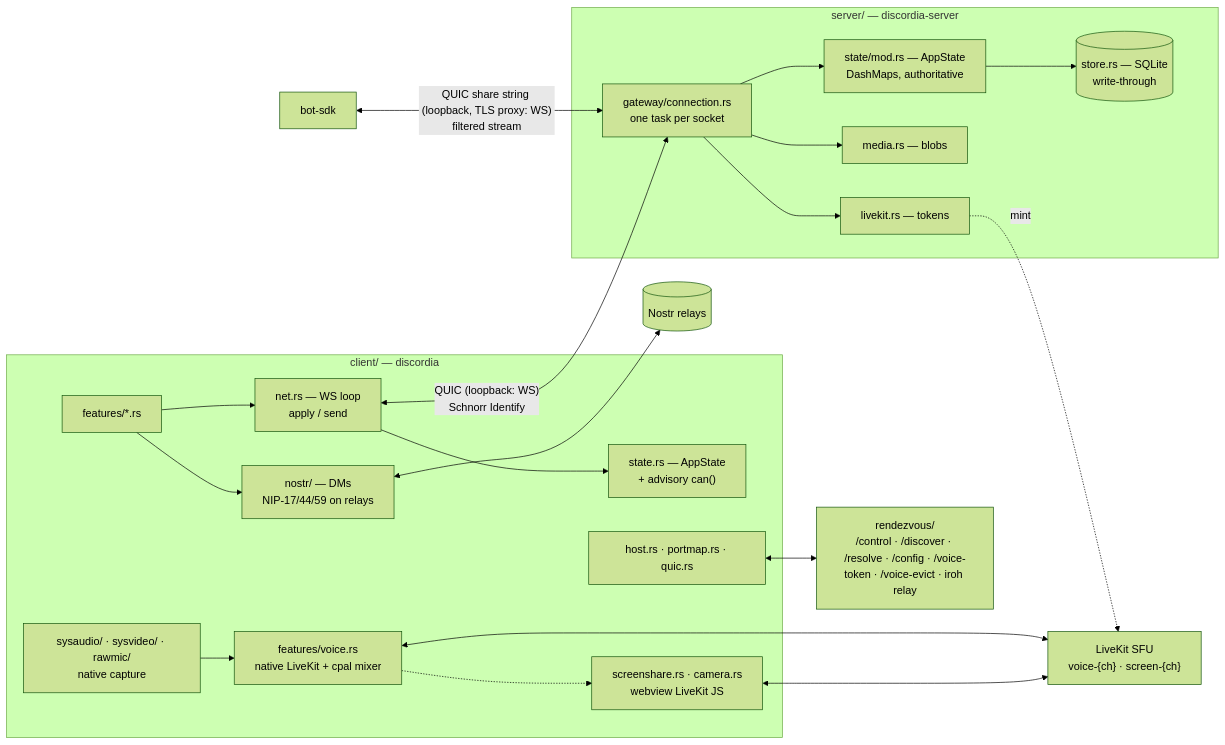
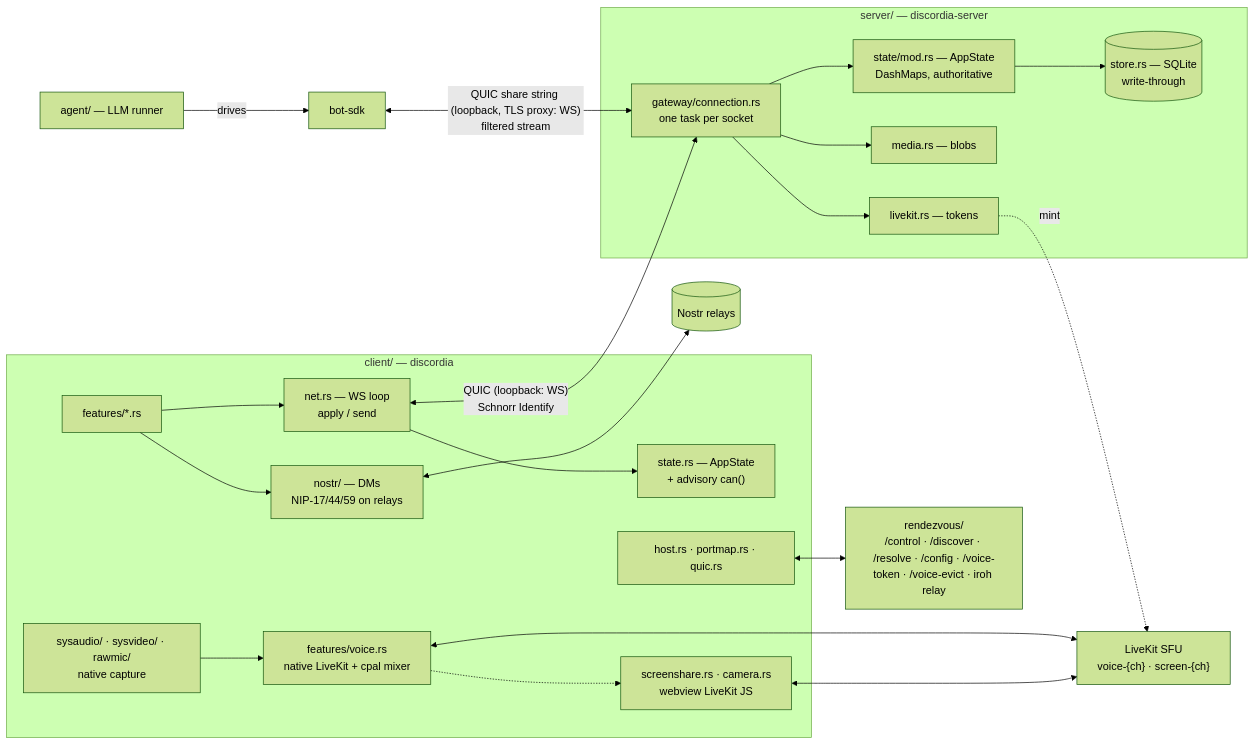
One commit to ssotomayor/discordia changed the diagram in docs/MAP.md. Above: the diagram before and after it, drawn with Mermaid (forest theme). The commit also changed other lines of this file and 27 other files, not shown here.

````diff
--- a/docs/MAP.md
+++ b/docs/MAP.md
@@ -266,38 +267,40 @@
 ```mermaid
 flowchart LR
   subgraph C["client/ — discordia"]
     UI["features/*.rs"]
     NET["net.rs — WS loop<br/>apply / send"]
     ST["state.rs — AppState<br/>+ advisory can()"]
     NOSTR["nostr/ — DMs<br/>NIP-17/44/59 on relays"]
     V["features/voice.rs<br/>native LiveKit + cpal mixer"]
     CAP["sysaudio/ · sysvideo/ · rawmic/<br/>native capture"]
     JS["screenshare.rs · camera.rs<br/>webview LiveKit JS"]
     HOST["host.rs · portmap.rs · quic.rs"]
     UI-->NET-->ST
     UI-->NOSTR
     CAP-->V
     V-.->JS
   end
   subgraph S["server/ — discordia-server"]
     GW["gateway/connection.rs<br/>one task per socket"]
     AS["state/mod.rs — AppState<br/>DashMaps, authoritative"]
     DB[("store.rs — SQLite<br/>write-through")]
     MED["media.rs — blobs"]
     LK["livekit.rs — tokens"]
     GW-->AS-->DB
     GW-->MED
     GW-->LK
   end
   SFU["LiveKit SFU<br/>voice-{ch} · screen-{ch}"]
   RZ["rendezvous/<br/>/control · /discover · /resolve · /config · /voice-token · /voice-evict · iroh relay"]
   RELAYS[("Nostr relays")]
   BOT["bot-sdk"]
+  AGENT["agent/ — LLM runner"]
   NET<-->|"QUIC (loopback: WS)<br/>Schnorr Identify"|GW
   BOT<-->|"QUIC share string (loopback, TLS proxy: WS)<br/>filtered stream"|GW
+  AGENT-->|"drives"|BOT
   V<-->SFU
   JS<-->SFU
   LK-.mint.->SFU
   HOST<-->RZ
   NOSTR<-->RELAYS
 ```
````
